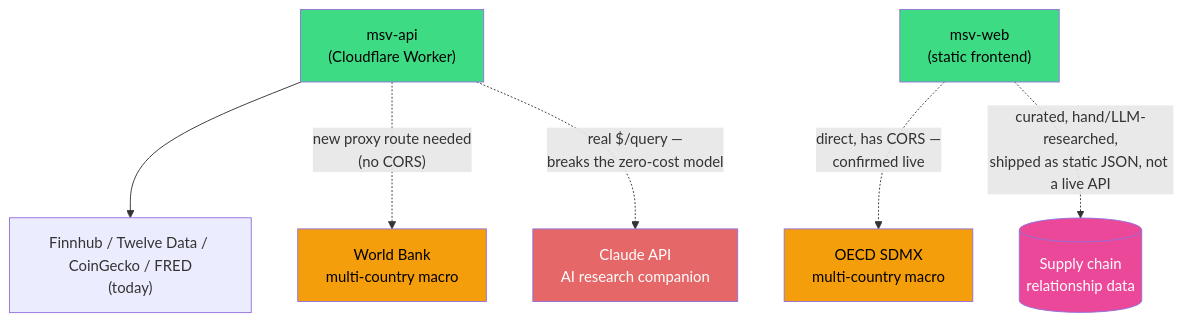
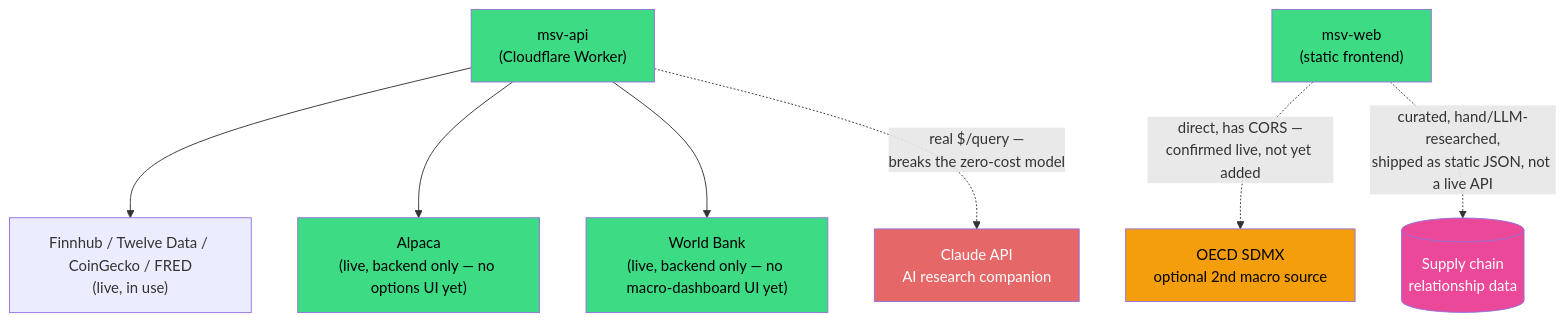
The second of 2 diagrams in .github/ROADMAP.md (Maximising-Shareholder-Value/msv-web), drawn with Mermaid before and after one commit. The commit also changed other lines of this file, not shown here.

First line of the commit message:
Refresh ROADMAP.md architecture diagrams and status notes (#8)

````diff
--- a/.github/ROADMAP.md
+++ b/.github/ROADMAP.md
@@ -46,18 +52,20 @@
 ```mermaid
 graph TD
     A["msv-api<br/>(Cloudflare Worker)"]
     W["msv-web<br/>(static frontend)"]
 
-    A --> FH["Finnhub / Twelve Data / CoinGecko / FRED<br/>(today)"]
-    A -.->|"new proxy route needed<br/>(no CORS)"| WB["World Bank<br/>multi-country macro"]
-    W -.->|"direct, has CORS —<br/>confirmed live"| OECD["OECD SDMX<br/>multi-country macro"]
+    A --> FH["Finnhub / Twelve Data / CoinGecko / FRED<br/>(live, in use)"]
+    A --> AL["Alpaca<br/>(live, backend only — no options UI yet)"]
+    A --> WB["World Bank<br/>(live, backend only — no macro-dashboard UI yet)"]
+    W -.->|"direct, has CORS —<br/>confirmed live, not yet added"| OECD["OECD SDMX<br/>optional 2nd macro source"]
     W -.->|curated, hand/LLM-researched,<br/>shipped as static JSON, not a live API| SC[("Supply chain<br/>relationship data")]
     A -.->|"real $/query —<br/>breaks the zero-cost model"| LLM["Claude API<br/>AI research companion"]
 
     style A fill:#3ddc84,color:#000
     style W fill:#3ddc84,color:#000
-    style WB fill:#f59e0b,color:#000
+    style AL fill:#3ddc84,color:#000
+    style WB fill:#3ddc84,color:#000
     style OECD fill:#f59e0b,color:#000
     style SC fill:#ec4899,color:#fff
     style LLM fill:#e66767,color:#fff
 ```
````
